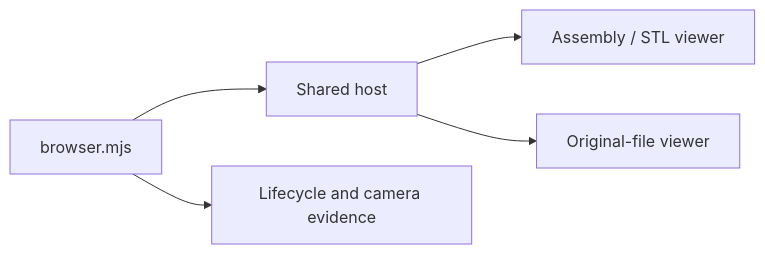
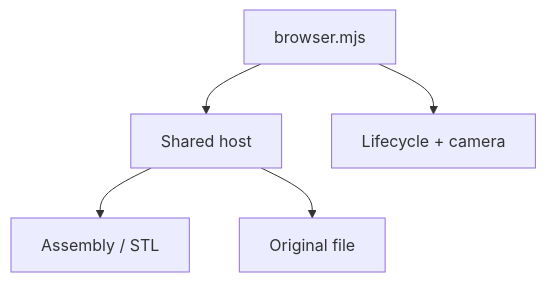
The diagram in tests/webkit/host/README.md (Valpatel/cad-agent), drawn with Mermaid before and after one commit. The commit also changed 1 other file, not shown here.

Commit message:
Keep contained viewer reference pages compact and readable

````diff
--- a/tests/webkit/host/README.md
+++ b/tests/webkit/host/README.md
@@ -7,7 +7,7 @@
 ```mermaid
-flowchart LR
+flowchart TB
   T["browser.mjs"] --> H["Shared host"]
-  H --> M["Assembly / STL viewer"]
-  H --> F["Original-file viewer"]
-  T --> L["Lifecycle and camera evidence"]
+  H --> M["Assembly / STL"]
+  H --> F["Original file"]
+  T --> L["Lifecycle + camera"]
 ```
````
